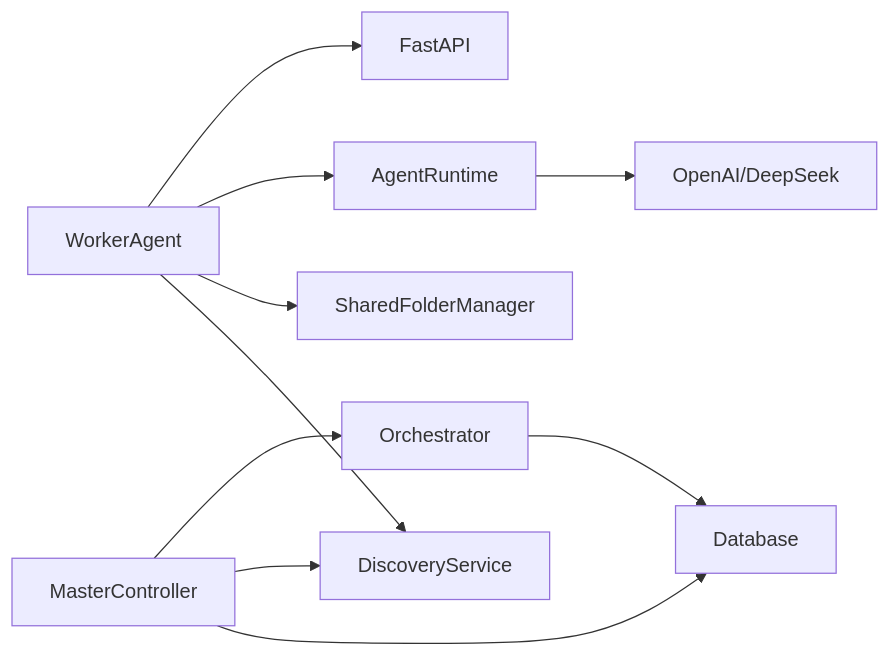
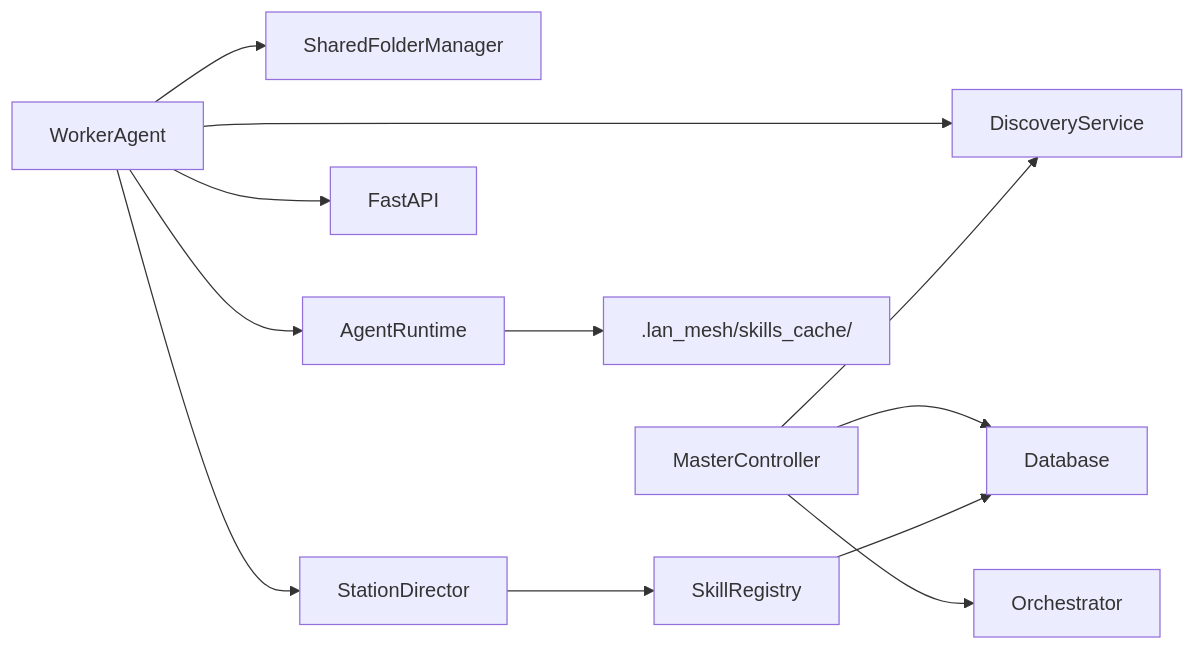
Diagram 11 of 11 in .qoder/repowiki/zh/content/架构设计/Worker 代理/Worker 代理.md (targalian/Personal-distributed-workstation), drawn with Mermaid before and after one commit. The commit also changed other lines of this file and 92 other files, not shown here.

````diff
--- a/.qoder/repowiki/zh/content/架构设计/Worker 代理/Worker 代理.md
+++ b/.qoder/repowiki/zh/content/架构设计/Worker 代理/Worker 代理.md
@@ -408,12 +502,14 @@
 ```mermaid
 graph LR
 WorkerAgent --> DiscoveryService
 WorkerAgent --> SharedFolderManager
 WorkerAgent --> AgentRuntime
 WorkerAgent --> FastAPI
+WorkerAgent --> StationDirector
 MasterController --> Database
 MasterController --> DiscoveryService
 MasterController --> Orchestrator
-Orchestrator --> Database
-AgentRuntime --> LLM_API["OpenAI/DeepSeek"]
+AgentRuntime --> SkillsCache[".lan_mesh/skills_cache/"]
+StationDirector --> SkillRegistry
+SkillRegistry --> Database
 ```
````
